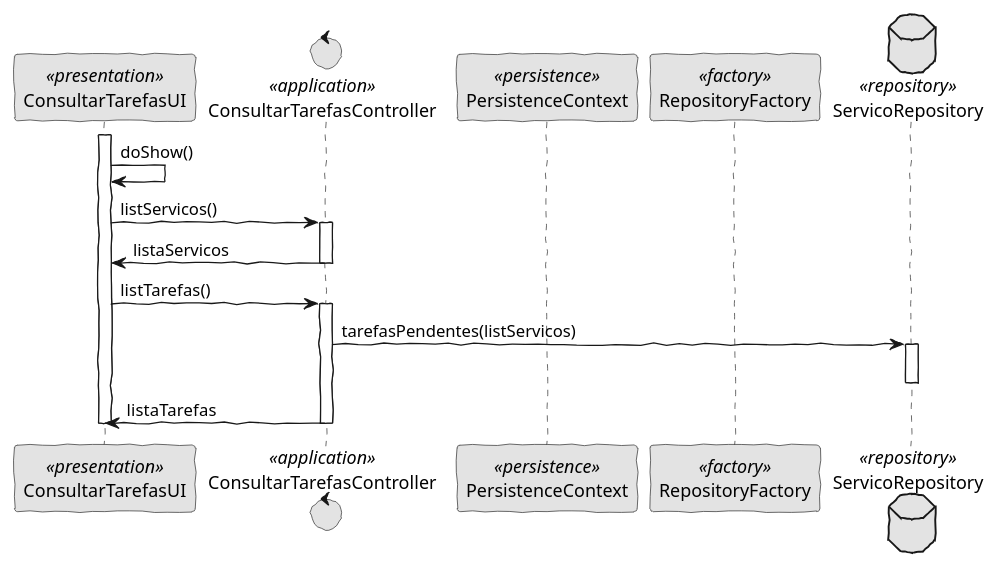
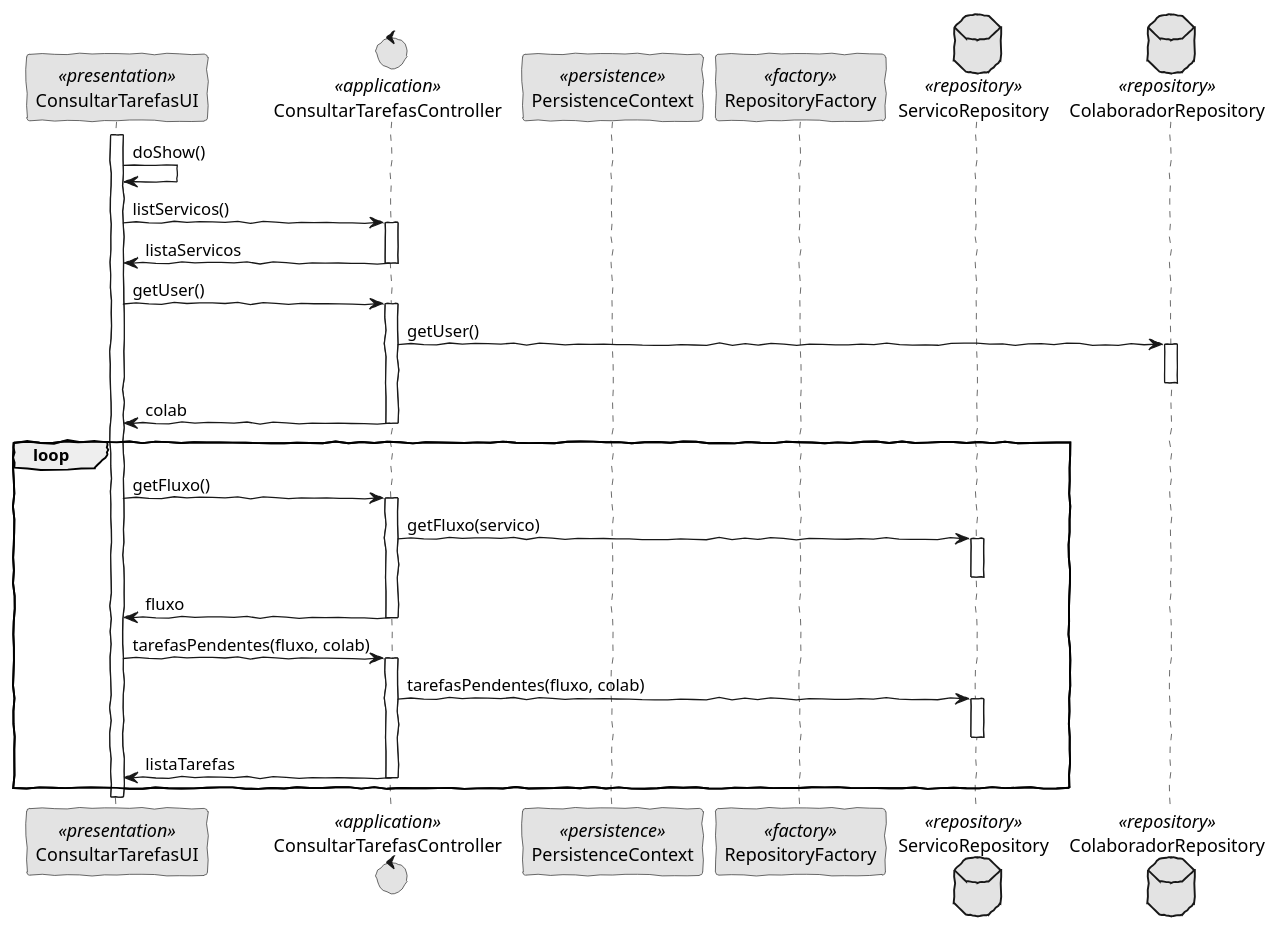
The diagram in docs/Sprint C/1190769/US3021/SD.puml (pedrolemos4/LAPR4), drawn with PlantUML before and after one commit. The commit also changed 3 other files, not shown here.

```diff
--- a/docs/Sprint C/1190769/US3021/SD.puml
+++ b/docs/Sprint C/1190769/US3021/SD.puml
@@ -1,33 +1,51 @@
 @startuml
 'http://plantuml.com/skinparam.html
 skinparam handwritten true
 skinparam monochrome true
 skinparam packageStyle rect
 skinparam defaultFontName FG Virgil
 skinparam shadowing false
 
 participant ConsultarTarefasUI as UI <<presentation>>
 control ConsultarTarefasController as CTRL <<application>>
 participant PersistenceContext as Persistence <<persistence>>
 participant RepositoryFactory as Factory <<factory>>
 database ServicoRepository as SRepository <<repository>>
+database ColaboradorRepository as CRepository <<repository>>
 
 activate UI
 
 UI -> UI : doShow()
 
 UI -> CTRL: listServicos()
     activate CTRL
       CTRL -> UI: listaServicos
     deactivate CTRL
 
-UI -> CTRL: listTarefas()
+UI -> CTRL: getUser()
     activate CTRL
-      CTRL -> SRepository: tarefasPendentes(listServicos)
+    CTRL -> CRepository: getUser()
+      activate CRepository
+      deactivate CRepository
+      CTRL -> UI: colab
+    deactivate CTRL
+    
+loop
+UI -> CTRL: getFluxo()
+    activate CTRL
+    CTRL -> SRepository: getFluxo(servico)
+      activate SRepository
+      deactivate SRepository
+      CTRL -> UI: fluxo
+    deactivate CTRL
+    
+UI -> CTRL: tarefasPendentes(fluxo, colab)
+    activate CTRL
+      CTRL -> SRepository: tarefasPendentes(fluxo, colab)
       activate SRepository
       deactivate SRepository
       CTRL -> UI: listaTarefas
     deactivate CTRL
-    
+end
 deactivate UI
 @enduml
```
